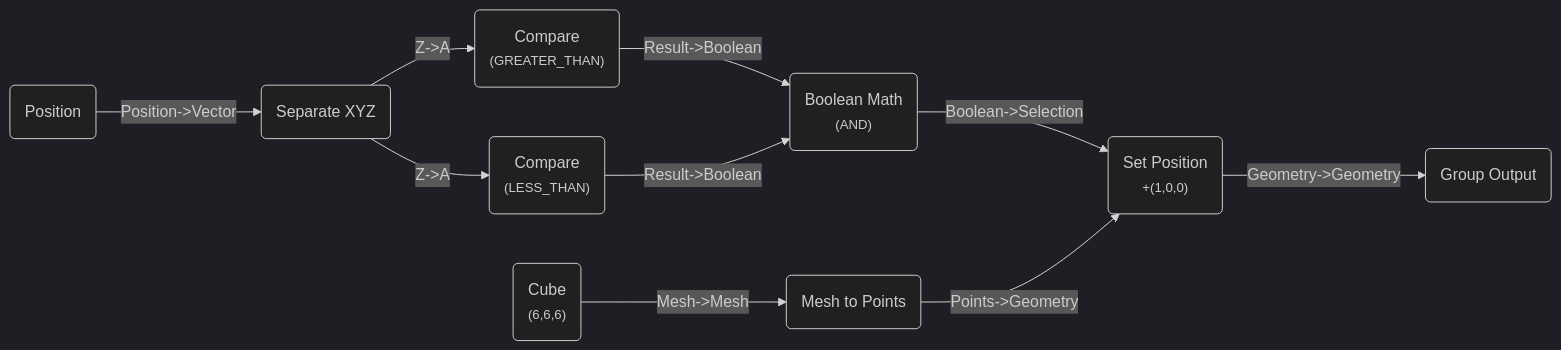
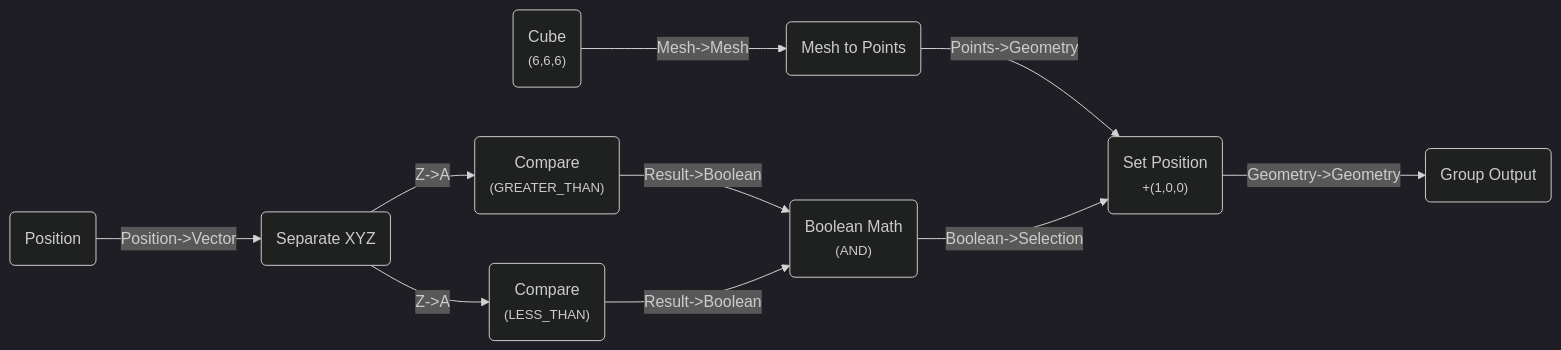
One commit to BradyAJohnston/nodebpy changed the sixth of 11 diagrams in operators.llms.md. Above: the diagram before and after it, drawn with Mermaid (dark theme). The commit also changed other lines of this file and 104 other files, not shown here.

````diff
--- a/operators.llms.md
+++ b/operators.llms.md
@@ -218,21 +218,21 @@
 ``` mermaid
 graph LR
     N0("Position"):::input-node
     N1("Separate XYZ"):::converter-node
     N2("Cube<br/><small>(6,6,6)</small>"):::geometry-node
     N3("Compare<br/><small>(GREATER_THAN)</small>"):::converter-node
     N4("Compare<br/><small>(LESS_THAN)</small>"):::converter-node
     N5("Mesh to Points"):::geometry-node
     N6("Boolean Math<br/><small>(AND)</small>"):::converter-node
     N7("Set Position<br/><small>+(1,0,0)</small>"):::geometry-node
     N8("Group Output"):::default-node
+    N7 -->|"Geometry->Geometry"| N8
     N0 -->|"Position->Vector"| N1
     N1 -->|"Z->A"| N3
     N1 -->|"Z->A"| N4
     N3 -->|"Result->Boolean"| N6
     N4 -->|"Result->Boolean"| N6
     N2 -->|"Mesh->Mesh"| N5
+    N5 -->|"Points->Geometry"| N7
     N6 -->|"Boolean->Selection"| N7
-    N5 -->|"Points->Geometry"| N7
-    N7 -->|"Geometry->Geometry"| N8
 ```
````
